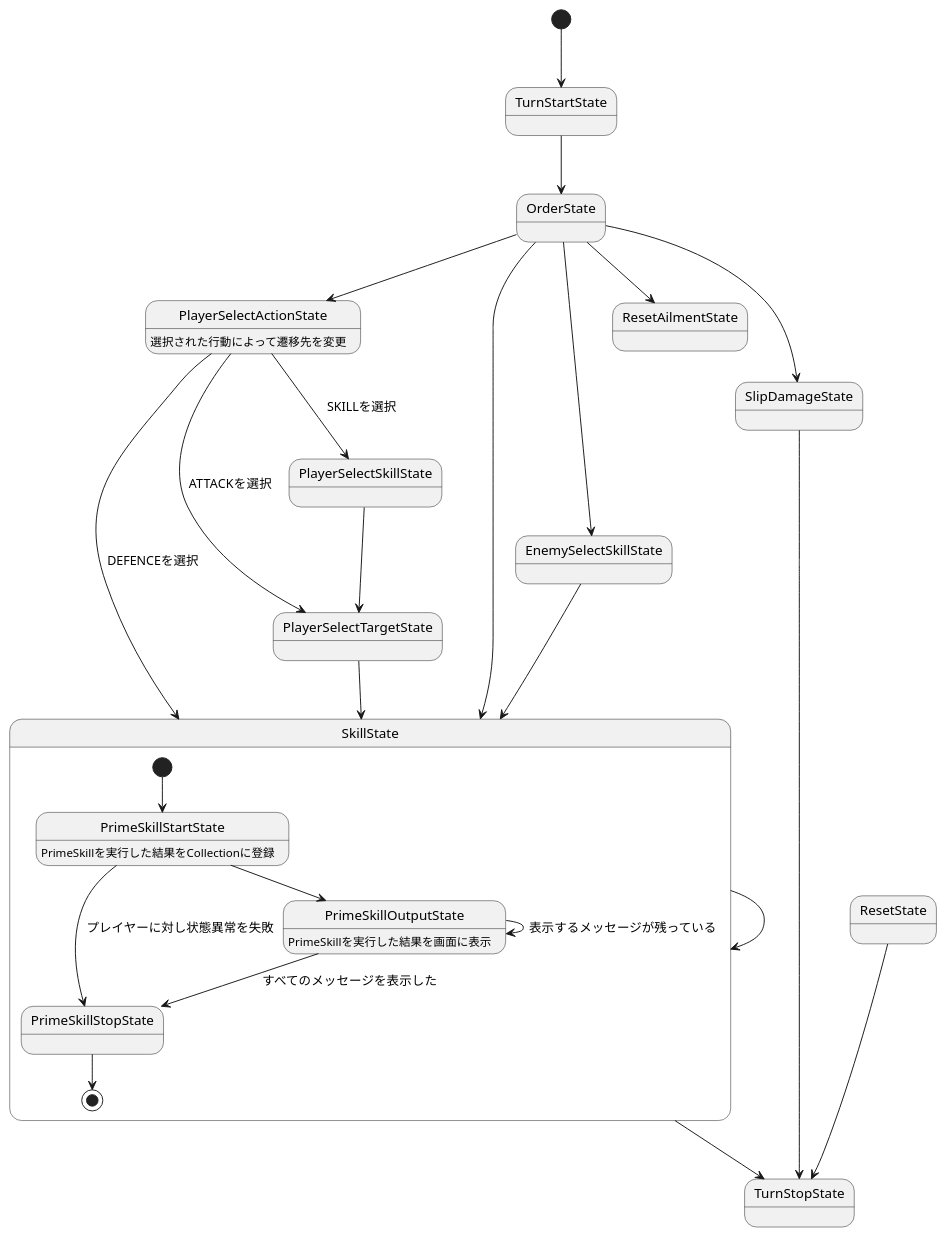
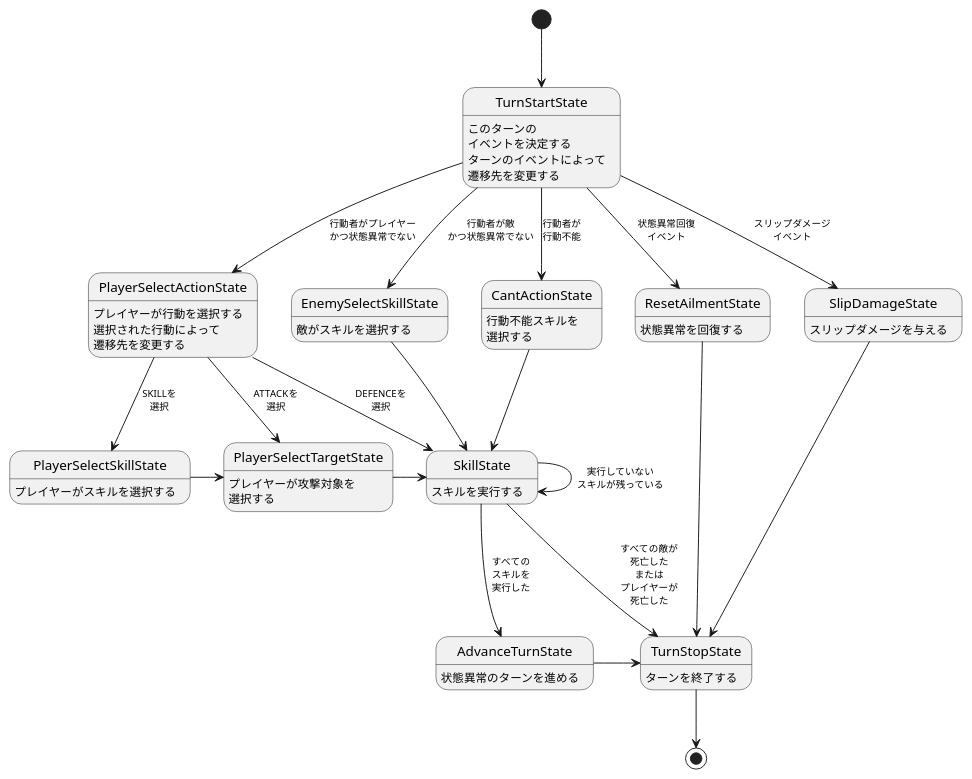
The diagram in Documents/PlantUML/TurnStateDiagram.puml (natsuhiko-maekawa/RPG), drawn with PlantUML before and after one commit.

Commit message:
TurnStateDiagramを修正

```diff
--- a/Documents/PlantUML/TurnStateDiagram.puml
+++ b/Documents/PlantUML/TurnStateDiagram.puml
@@ -1,32 +1,44 @@
 @startuml
+'https://plantuml.com/ja/state-diagram
+
+<style>
+stateDiagram {
+  arrow {
+    FontSize 10
+  }
+}
+</style>
+
 [*] --> TurnStartState
-TurnStartState --> OrderState
-OrderState --> PlayerSelectActionState
-PlayerSelectActionState --> SkillState : DEFENCEを選択
-PlayerSelectActionState --> PlayerSelectTargetState : ATTACKを選択
-PlayerSelectActionState --> PlayerSelectSkillState : SKILLを選択
-PlayerSelectSkillState --> PlayerSelectTargetState
-PlayerSelectTargetState --> SkillState
-OrderState --> EnemySelectSkillState
+TurnStartState --> PlayerSelectActionState : 行動者がプレイヤー\nかつ状態異常でない
+PlayerSelectActionState --> PlayerSelectSkillState : SKILLを\n選択
+PlayerSelectActionState --> PlayerSelectTargetState : ATTACKを\n選択
+PlayerSelectActionState --> SkillState : DEFENCEを\n選択
+PlayerSelectSkillState -> PlayerSelectTargetState
+PlayerSelectTargetState -> SkillState
+TurnStartState --> EnemySelectSkillState : 行動者が敵\nかつ状態異常でない
 EnemySelectSkillState --> SkillState
-OrderState --> SkillState
-SkillState --> SkillState
-SkillState --> TurnStopState
-OrderState --> ResetAilmentState
-ResetState --> TurnStopState
-OrderState --> SlipDamageState
-SlipDamageState --> TurnStopState
+TurnStartState --> CantActionState : 行動者が\n行動不能
+CantActionState --> SkillState
+SkillState --> SkillState : 実行していない\nスキルが残っている
+SkillState --> AdvanceTurnState : すべての\nスキルを\n実行した
+SkillState --> TurnStopState : すべての敵が\n死亡した\nまたは\nプレイヤーが\n死亡した
+AdvanceTurnState -> TurnStopState
+TurnStartState --> ResetAilmentState : 状態異常回復\nイベント
+ResetAilmentState ---> TurnStopState
+TurnStartState --> SlipDamageState : スリップダメージ\nイベント
+SlipDamageState ---> TurnStopState
+TurnStopState --> [*]
 
-PlayerSelectActionState : 選択された行動によって遷移先を変更
-State SkillState {
-[*] --> PrimeSkillStartState
-    PrimeSkillStartState --> PrimeSkillStopState : プレイヤーに対し状態異常を失敗
-    PrimeSkillStartState --> PrimeSkillOutputState
-    PrimeSkillOutputState --> PrimeSkillOutputState : 表示するメッセージが残っている
-    PrimeSkillOutputState --> PrimeSkillStopState : すべてのメッセージを表示した
-    PrimeSkillStopState --> [*]
-    
-    PrimeSkillStartState : PrimeSkillを実行した結果をCollectionに登録
-    PrimeSkillOutputState : PrimeSkillを実行した結果を画面に表示
-}
+TurnStartState : このターンの\nイベントを決定する\nターンのイベントによって\n遷移先を変更する
+PlayerSelectActionState : プレイヤーが行動を選択する\n選択された行動によって\n遷移先を変更する
+PlayerSelectSkillState : プレイヤーがスキルを選択する
+PlayerSelectTargetState : プレイヤーが攻撃対象を\n選択する
+EnemySelectSkillState : 敵がスキルを選択する
+CantActionState : 行動不能スキルを\n選択する
+SkillState : スキルを実行する
+AdvanceTurnState : 状態異常のターンを進める
+ResetAilmentState : 状態異常を回復する
+SlipDamageState : スリップダメージを与える
+TurnStopState : ターンを終了する
 @enduml
```
